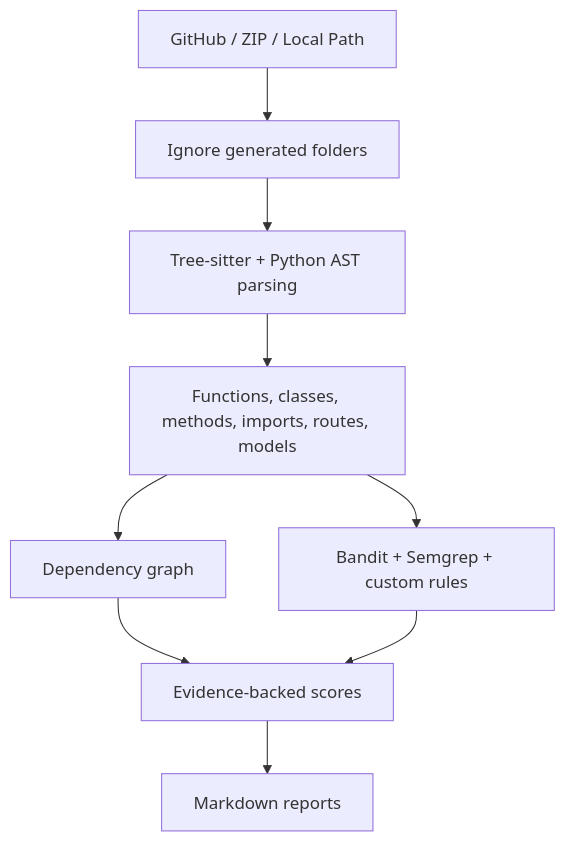
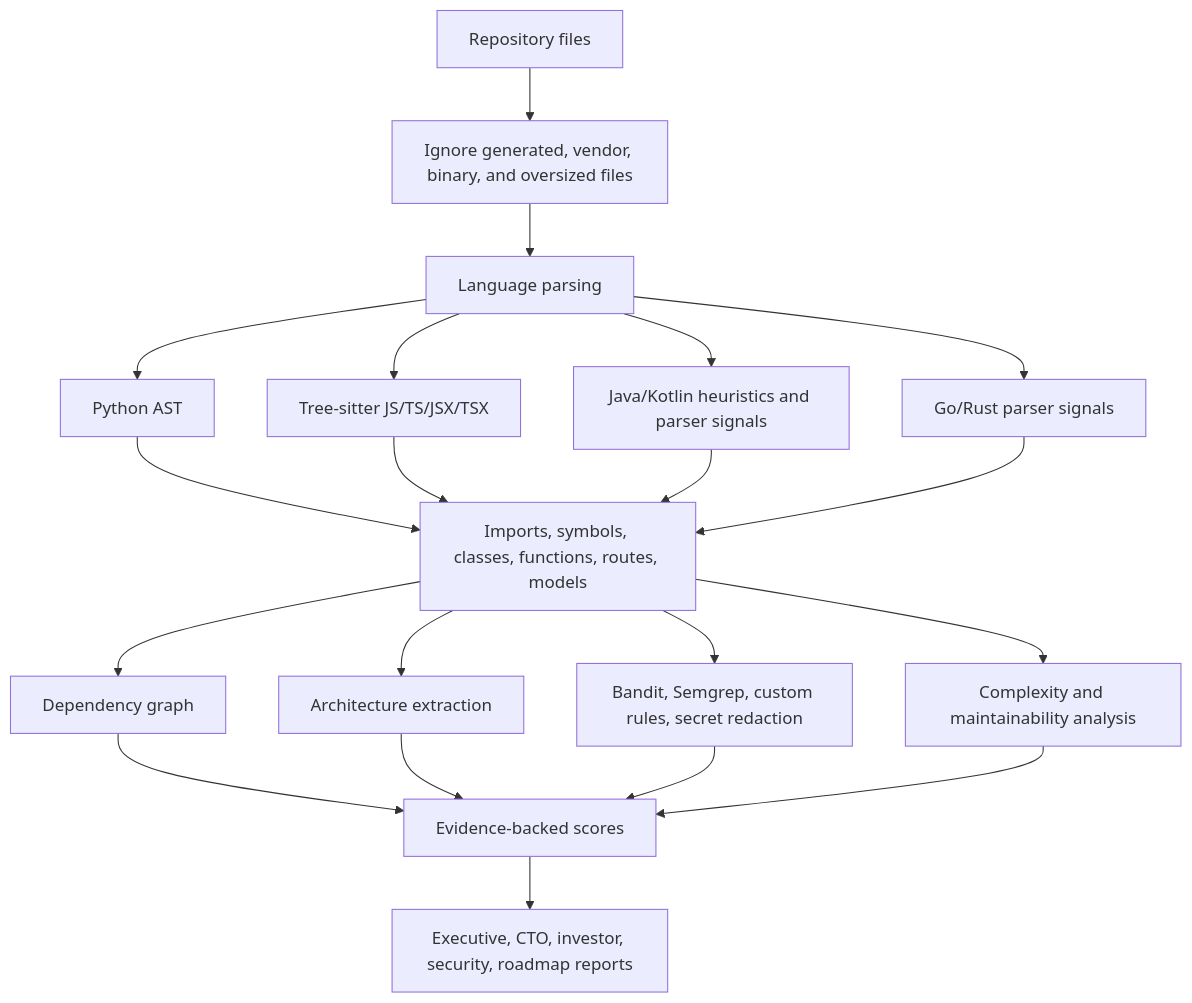
Before and after one commit to ratishoberoi/RepoMindAI: the third of 6 diagrams in README.md, drawn with Mermaid. The commit also changed other lines of this file and 34 other files, not shown here.

````diff
--- a/README.md
+++ b/README.md
@@ -71,11 +196,22 @@
 ```mermaid
 flowchart TD
-  Source["GitHub / ZIP / Local Path"] --> Filter["Ignore generated folders"]
-  Filter --> Parse["Tree-sitter + Python AST parsing"]
-  Parse --> Extract["Functions, classes, methods, imports, routes, models"]
-  Extract --> Graph["Dependency graph"]
-  Extract --> Security["Bandit + Semgrep + custom rules"]
-  Graph --> Scores["Evidence-backed scores"]
+  Repo["Repository files"] --> Ignore["Ignore generated, vendor, binary, and oversized files"]
+  Ignore --> Parse["Language parsing"]
+  Parse --> Python["Python AST"]
+  Parse --> TS["Tree-sitter JS/TS/JSX/TSX"]
+  Parse --> JVM["Java/Kotlin heuristics and parser signals"]
+  Parse --> GoRust["Go/Rust parser signals"]
+  Python --> Facts["Imports, symbols, classes, functions, routes, models"]
+  TS --> Facts
+  JVM --> Facts
+  GoRust --> Facts
+  Facts --> Dependency["Dependency graph"]
+  Facts --> Architecture["Architecture extraction"]
+  Facts --> Security["Bandit, Semgrep, custom rules, secret redaction"]
+  Facts --> Debt["Complexity and maintainability analysis"]
+  Dependency --> Scores["Evidence-backed scores"]
+  Architecture --> Scores
   Security --> Scores
-  Scores --> Reports["Markdown reports"]
+  Debt --> Scores
+  Scores --> Reports["Executive, CTO, investor, security, roadmap reports"]
 ```
````
